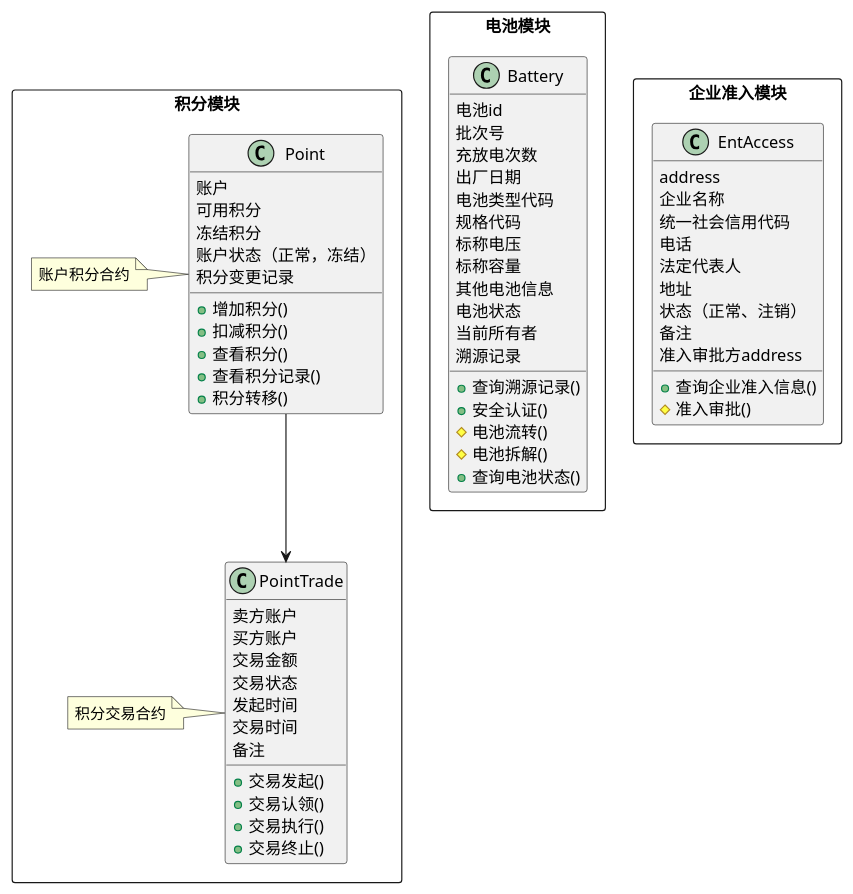
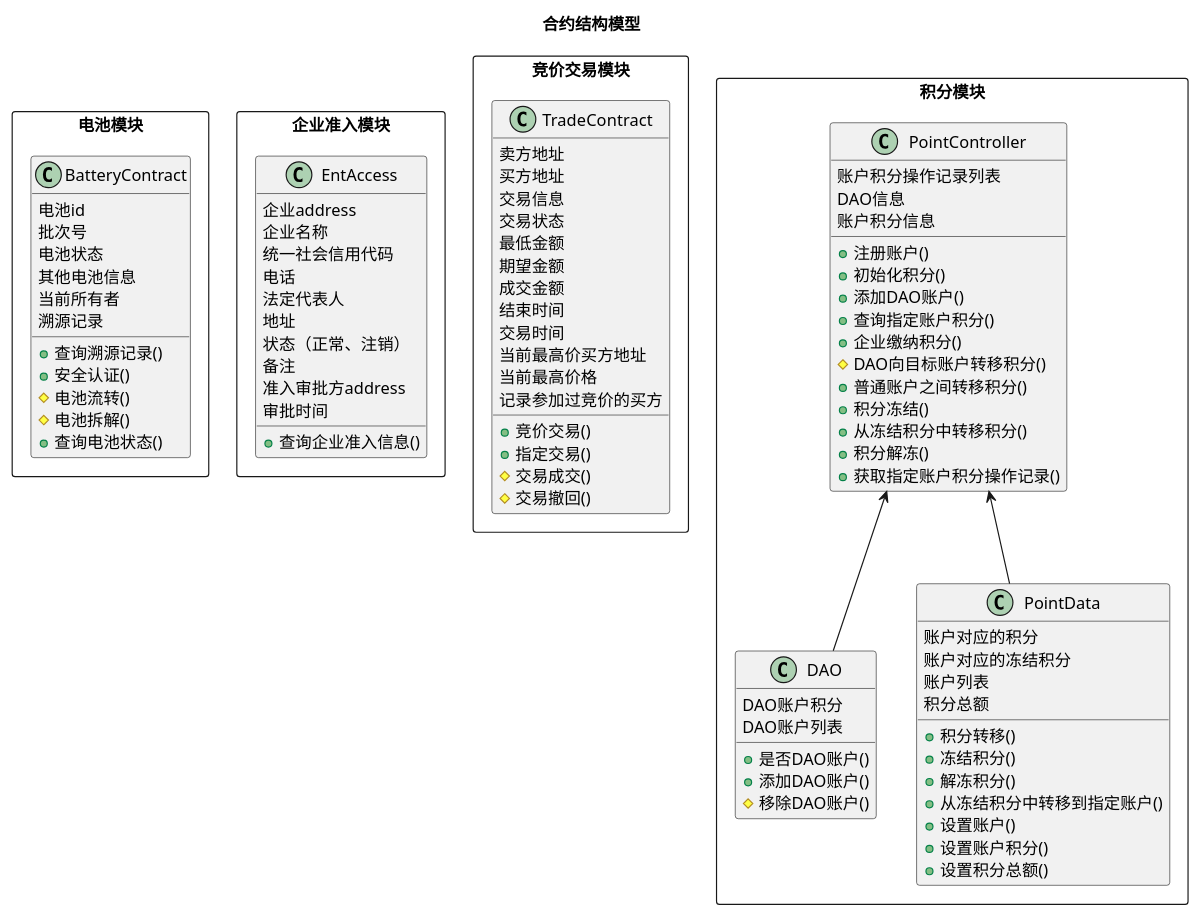
Before and after one commit to cmgun/B-Recycle: the diagram in docs/合约结构.puml, drawn with PlantUML. The commit also changed 43 other files, not shown here.

```diff
--- a/docs/合约结构.puml
+++ b/docs/合约结构.puml
@@ -1,107 +1,116 @@
 @startuml
 'https://plantuml.com/class-diagram
+title 合约结构模型
 
 '电池溯源模块
 package 电池模块 <<Rectangle>> {
-class Battery {
+class BatteryContract {
 电池id
 批次号
-充放电次数
-出厂日期
-电池类型代码
-规格代码
-标称电压
-标称容量
+电池状态
 其他电池信息
-电池状态
 当前所有者
 溯源记录
 + 查询溯源记录()
 + 安全认证()
 # 电池流转()
 # 电池拆解()
 + 查询电池状态()
 }
 }
 
 
 '机构准入模块
 package 企业准入模块 <<Rectangle>> {
 class EntAccess {
-address
+企业address
 企业名称
 统一社会信用代码
 电话
 法定代表人
 地址
 状态（正常、注销）
 备注
 准入审批方address
+审批时间
 
 + 查询企业准入信息()
-# 准入审批()
+}
 }
 
-'class EntAccess {
-'已准入的企业列表
-'机构类型与企业id映射
-'企业id与机构类型映射
-'企业id-准入状态映射
-'
-'+ 企业准入()
-'+ 企业信息变更()
-'+ 根据企业id查找对应机构类型()
-'+ 根据机构类型查找对应企业()
-'}
-'note left of EntAccess
-'企业准入合约
-'企业信息变更需要特定权限
-'end note
-'
-'Enterprise --> EntAccess
+'竞价交易模块
+package 竞价交易模块 <<Rectangle>> {
+class TradeContract {
+卖方地址
+买方地址
+交易信息
+交易状态
+最低金额
+期望金额
+成交金额
+结束时间
+交易时间
+当前最高价买方地址
+当前最高价格
+记录参加过竞价的买方
 
++ 竞价交易()
++ 指定交易()
+# 交易成交()
+# 交易撤回()
+}
 }
 
 '积分模块
 package 积分模块 <<Rectangle>> {
-class Point {
-账户
-可用积分
-冻结积分
-账户状态（正常，冻结）
-积分变更记录
+class DAO {
+DAO账户积分
+DAO账户列表
 
-+ 增加积分()
-+ 扣减积分()
-+ 查看积分()
-+ 查看积分记录()
++ 是否DAO账户()
++ 添加DAO账户()
+# 移除DAO账户()
+}
+
+
+class PointData {
+账户对应的积分
+账户对应的冻结积分
+账户列表
+积分总额
+
 + 积分转移()
++ 冻结积分()
++ 解冻积分()
++ 从冻结积分中转移到指定账户()
++ 设置账户()
++ 设置账户积分()
++ 设置积分总额()
 }
-note left of Point
-账户积分合约
-end note
 
-class PointTrade {
-卖方账户
-买方账户
-交易金额
-交易状态
-发起时间
-交易时间
-备注
 
-+ 交易发起()
-+ 交易认领()
-+ 交易执行()
-+ 交易终止()
+class PointController {
+账户积分操作记录列表
+DAO信息
+账户积分信息
+
++ 注册账户()
++ 初始化积分()
++ 添加DAO账户()
++ 查询指定账户积分()
++ 企业缴纳积分()
+# DAO向目标账户转移积分()
++ 普通账户之间转移积分()
++ 积分冻结()
++ 从冻结积分中转移积分()
++ 积分解冻()
++ 获取指定账户积分操作记录()
 }
-note left of PointTrade
-积分交易合约
-end note
 
-Point --> PointTrade
+PointController <-- PointData
+PointController <-- DAO
 }
 
 
 
 @enduml
```
